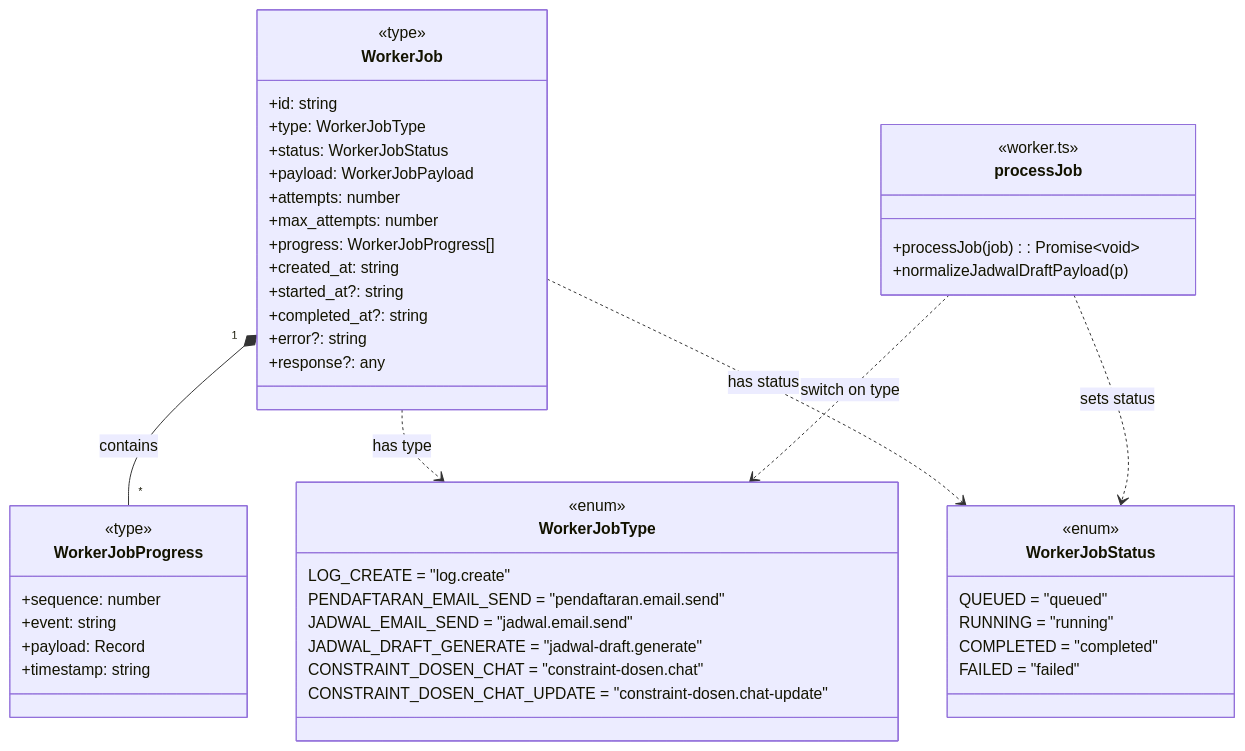
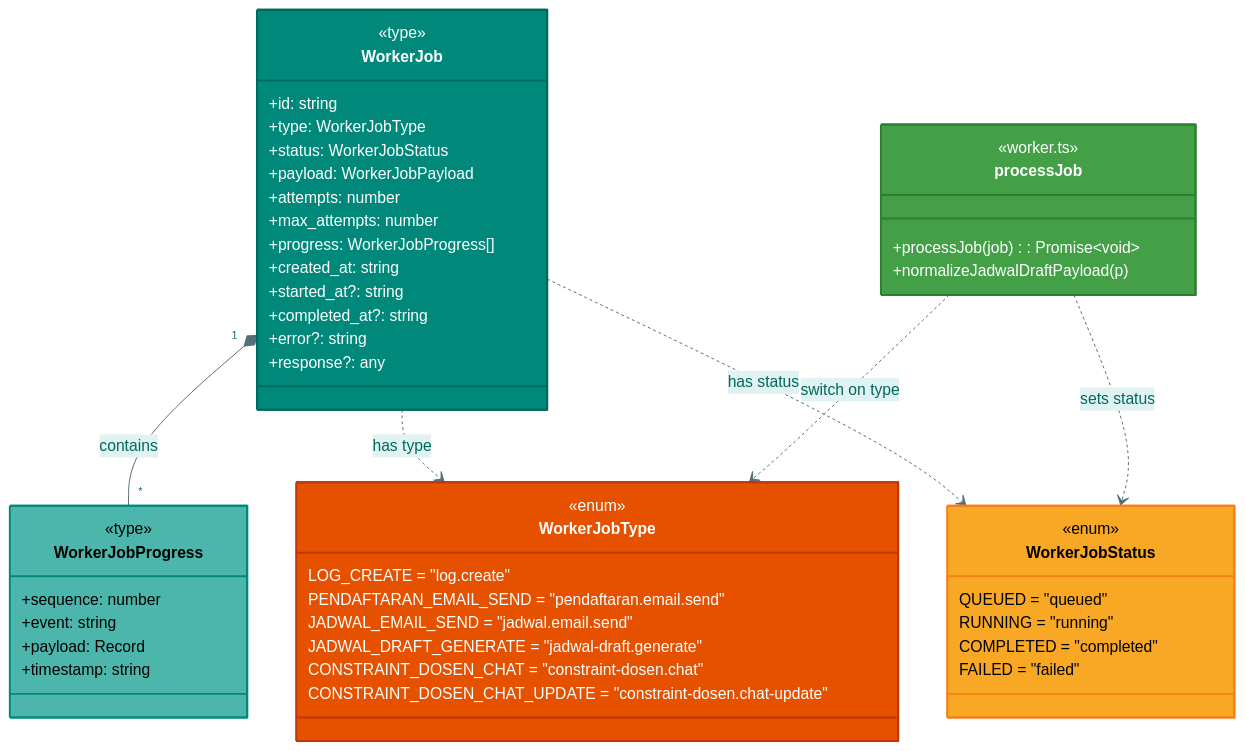
Before and after one commit to luna-gindra/c4-architecture-hono-api-seminar: the seventh of 12 diagrams in architecture-c4-level4.md, drawn with Mermaid. The commit also changed other lines of this file and 1 other file, not shown here.

First line of the commit message:
🎨 Add colorful styling to all C4 architecture diagrams

````diff
--- a/architecture-c4-level4.md
+++ b/architecture-c4-level4.md
@@ -407,56 +526,68 @@
 ```mermaid
+%%{init: {"theme": "base", "themeVariables": {
+    "primaryColor": "#E0F2F1",
+    "primaryTextColor": "#00695C",
+    "lineColor": "#546E7A",
+    "fontSize": 13
+}}}%%
 classDiagram
     class WorkerJobType {
         <<enum>>
         LOG_CREATE = "log.create"
         PENDAFTARAN_EMAIL_SEND = "pendaftaran.email.send"
         JADWAL_EMAIL_SEND = "jadwal.email.send"
         JADWAL_DRAFT_GENERATE = "jadwal-draft.generate"
         CONSTRAINT_DOSEN_CHAT = "constraint-dosen.chat"
         CONSTRAINT_DOSEN_CHAT_UPDATE = "constraint-dosen.chat-update"
     }
 
     class WorkerJobStatus {
         <<enum>>
         QUEUED = "queued"
         RUNNING = "running"
         COMPLETED = "completed"
         FAILED = "failed"
     }
 
     class WorkerJob {
         <<type>>
         +id: string
         +type: WorkerJobType
         +status: WorkerJobStatus
         +payload: WorkerJobPayload
         +attempts: number
         +max_attempts: number
         +progress: WorkerJobProgress[]
         +created_at: string
         +started_at?: string
         +completed_at?: string
         +error?: string
         +response?: any
     }
 
     class WorkerJobProgress {
         <<type>>
         +sequence: number
         +event: string
         +payload: Record
         +timestamp: string
     }
 
     class processJob {
         <<worker.ts>>
         +processJob(job): Promise~void~
         +normalizeJadwalDraftPayload(p)
     }
 
     WorkerJob "1" *-- "*" WorkerJobProgress : contains
     WorkerJob ..> WorkerJobType : has type
     WorkerJob ..> WorkerJobStatus : has status
     processJob ..> WorkerJobType : switch on type
     processJob ..> WorkerJobStatus : sets status
+
+    style WorkerJobType fill:#E65100,color:#fff,stroke:#BF360C,stroke-width:2px
+    style WorkerJobStatus fill:#F9A825,color:#000,stroke:#F57F17,stroke-width:2px
+    style WorkerJob fill:#00897B,color:#fff,stroke:#00695C,stroke-width:2px
+    style WorkerJobProgress fill:#4DB6AC,color:#000,stroke:#00897B,stroke-width:2px
+    style processJob fill:#43A047,color:#fff,stroke:#2E7D32,stroke-width:2px
 ```
````
